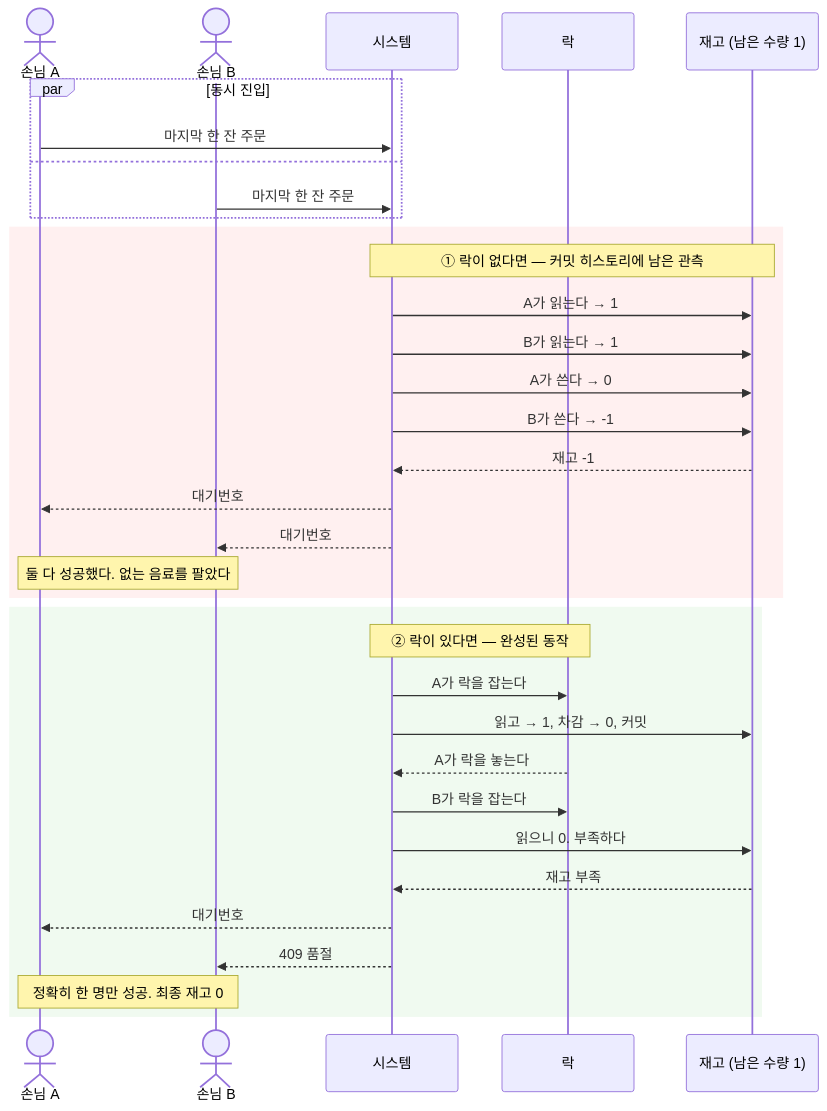
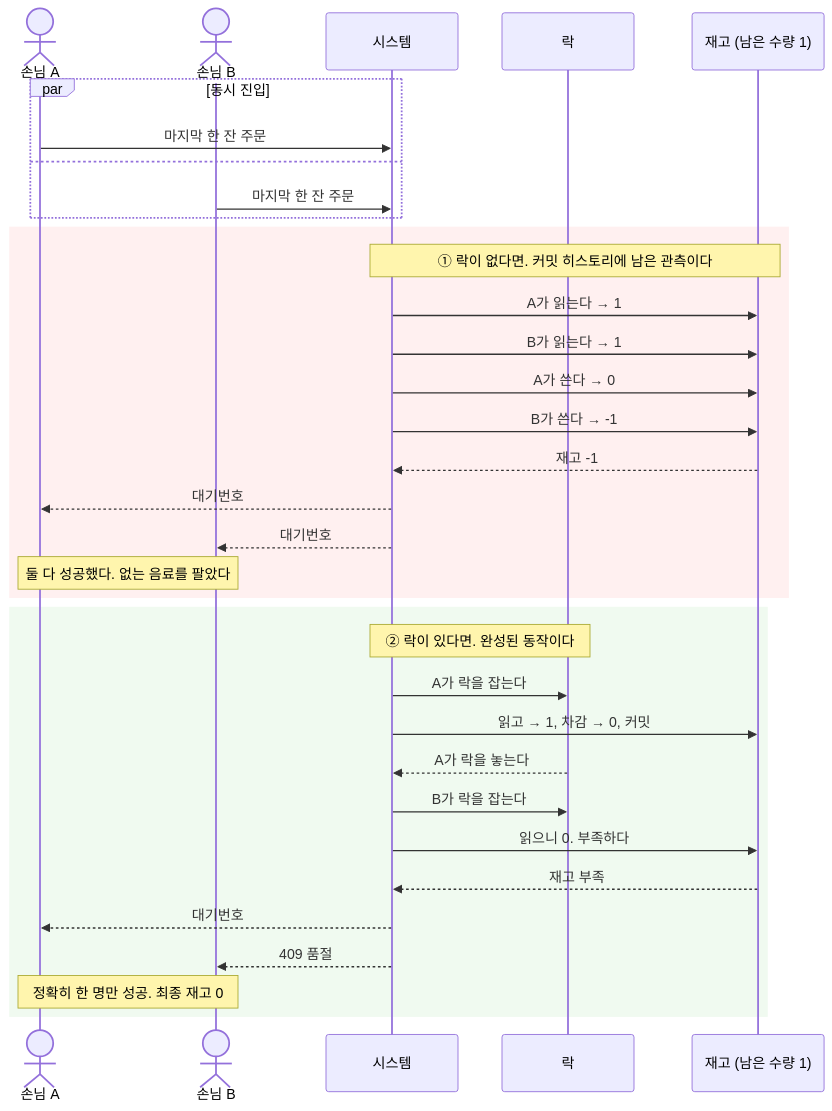
Before and after one commit to hhyukk/cafe-kiosk: the fourth of 4 diagrams in docs/USECASES.md, drawn with Mermaid. The commit also changed other lines of this file and 12 other files, not shown here.

````diff
--- a/docs/USECASES.md
+++ b/docs/USECASES.md
@@ -778,39 +775,39 @@
 ```mermaid
 sequenceDiagram
     actor A as 손님 A
     actor B as 손님 B
     participant SYS as 시스템
     participant L as 락
     participant ST as 재고 (남은 수량 1)
 
     par 동시 진입
         A->>SYS: 마지막 한 잔 주문
     and
         B->>SYS: 마지막 한 잔 주문
     end
 
     rect rgb(255, 240, 240)
-        Note over SYS,ST: ① 락이 없다면 — 커밋 히스토리에 남은 관측
+        Note over SYS,ST: ① 락이 없다면. 커밋 히스토리에 남은 관측이다
         SYS->>ST: A가 읽는다 → 1
         SYS->>ST: B가 읽는다 → 1
         SYS->>ST: A가 쓴다 → 0
         SYS->>ST: B가 쓴다 → -1
         ST-->>SYS: 재고 -1
         SYS-->>A: 대기번호
         SYS-->>B: 대기번호
         Note over A,B: 둘 다 성공했다. 없는 음료를 팔았다
     end
 
     rect rgb(240, 250, 240)
-        Note over SYS,L: ② 락이 있다면 — 완성된 동작
+        Note over SYS,L: ② 락이 있다면. 완성된 동작이다
         SYS->>L: A가 락을 잡는다
         SYS->>ST: 읽고 → 1, 차감 → 0, 커밋
         L-->>SYS: A가 락을 놓는다
         SYS->>L: B가 락을 잡는다
         SYS->>ST: 읽으니 0. 부족하다
         ST-->>SYS: 재고 부족
         SYS-->>A: 대기번호
         SYS-->>B: 409 품절
         Note over A,B: 정확히 한 명만 성공. 최종 재고 0
     end
 ```
````
